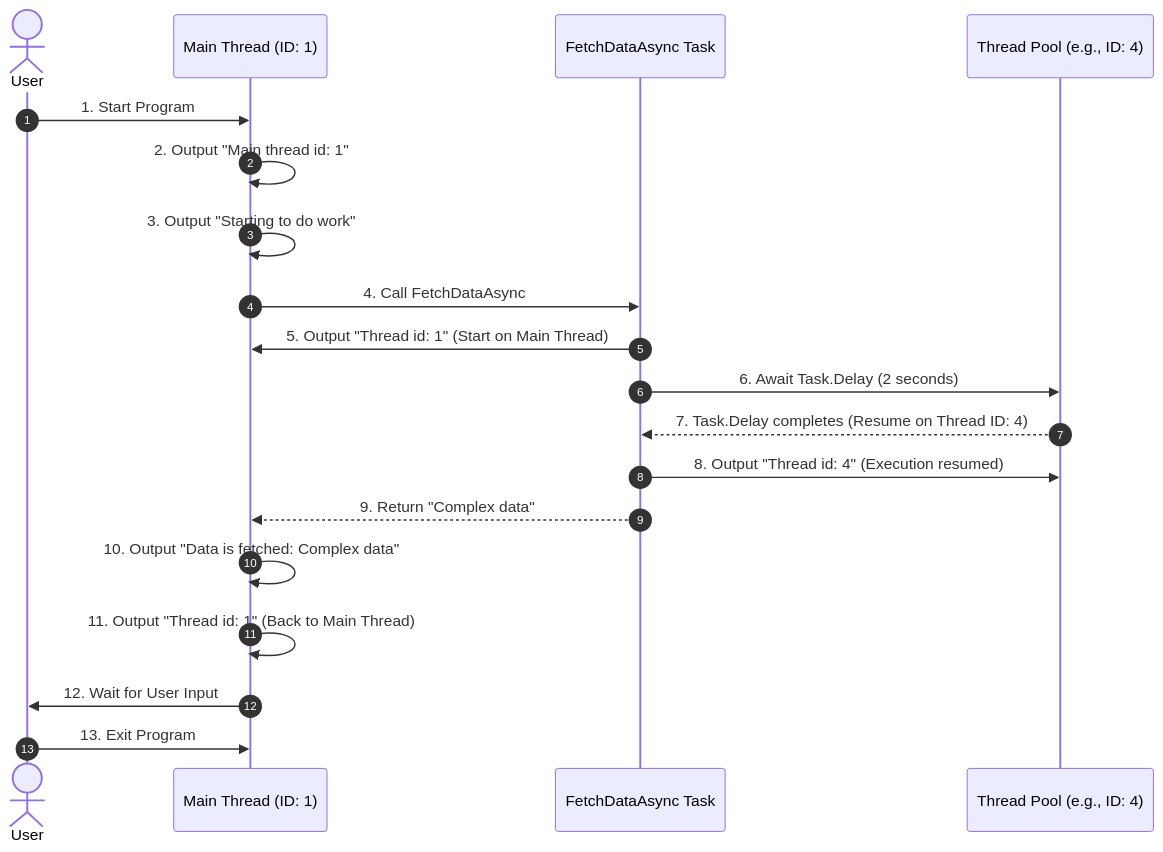
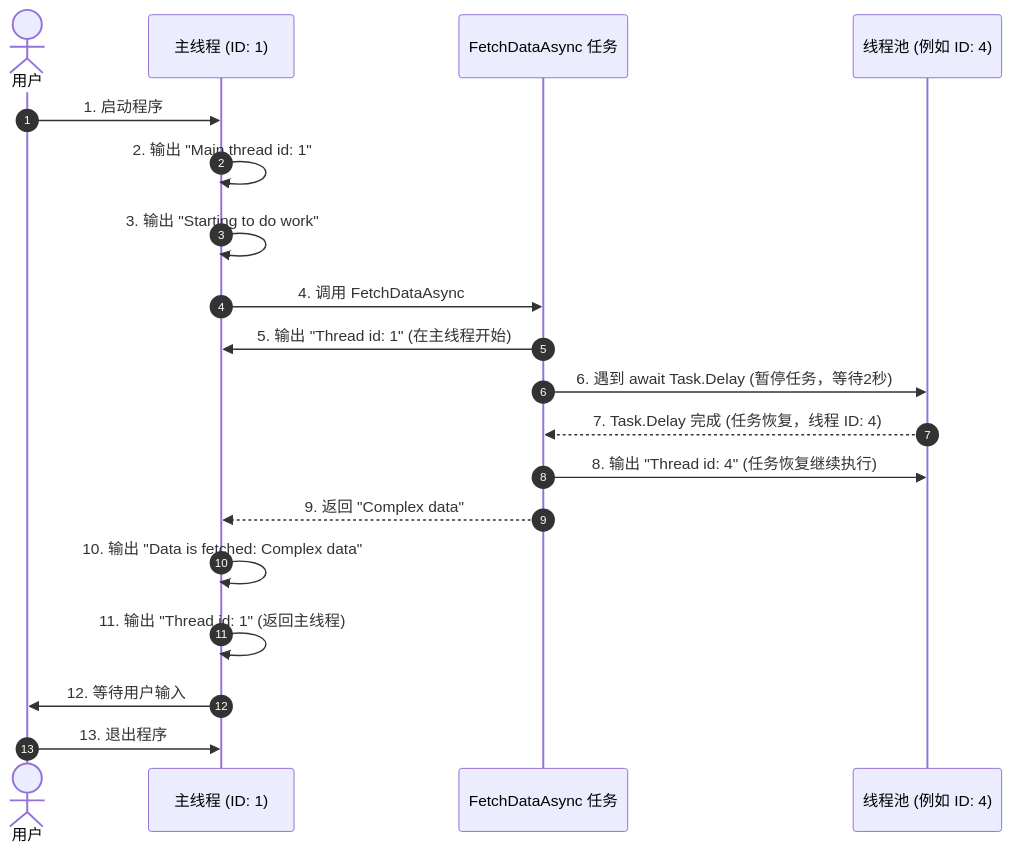
The diagram in C#/多线程杂项主题/一个异步操作流程分析执行线程的变化.md (uwspstar/20-Day-Challenge-List), drawn with Mermaid before and after one commit. The commit also changed other lines of this file, not shown here.

````diff
--- a/C#/多线程杂项主题/一个异步操作流程分析执行线程的变化.md
+++ b/C#/多线程杂项主题/一个异步操作流程分析执行线程的变化.md
@@ -90,22 +90,22 @@
 ```mermaid
 sequenceDiagram
     autonumber
-    actor User as User
-    participant MainThread as Main Thread (ID: 1)
-    participant FetchDataAsync as FetchDataAsync Task
-    participant ThreadPool as Thread Pool (e.g., ID: 4)
+    actor 用户 as 用户
+    participant 主线程 as 主线程 (ID: 1)
+    participant FetchDataAsync as FetchDataAsync 任务
+    participant 线程池 as 线程池 (例如 ID: 4)
 
-    User->>MainThread: 1. Start Program
-    MainThread->>MainThread: 2. Output "Main thread id: 1"
-    MainThread->>MainThread: 3. Output "Starting to do work"
-    MainThread->>FetchDataAsync: 4. Call FetchDataAsync
-    FetchDataAsync->>MainThread: 5. Output "Thread id: 1" (Start on Main Thread)
-    FetchDataAsync->>ThreadPool: 6. Await Task.Delay (2 seconds)
-    ThreadPool-->>FetchDataAsync: 7. Task.Delay completes (Resume on Thread ID: 4)
-    FetchDataAsync->>ThreadPool: 8. Output "Thread id: 4" (Execution resumed)
-    FetchDataAsync-->>MainThread: 9. Return "Complex data"
-    MainThread->>MainThread: 10. Output "Data is fetched: Complex data"
-    MainThread->>MainThread: 11. Output "Thread id: 1" (Back to Main Thread)
-    MainThread->>User: 12. Wait for User Input
-    User->>MainThread: 13. Exit Program
+    用户->>主线程: 1. 启动程序
+    主线程->>主线程: 2. 输出 "Main thread id: 1"
+    主线程->>主线程: 3. 输出 "Starting to do work"
+    主线程->>FetchDataAsync: 4. 调用 FetchDataAsync
+    FetchDataAsync->>主线程: 5. 输出 "Thread id: 1" (在主线程开始)
+    FetchDataAsync->>线程池: 6. 遇到 await Task.Delay (暂停任务，等待2秒)
+    线程池-->>FetchDataAsync: 7. Task.Delay 完成 (任务恢复，线程 ID: 4)
+    FetchDataAsync->>线程池: 8. 输出 "Thread id: 4" (任务恢复继续执行)
+    FetchDataAsync-->>主线程: 9. 返回 "Complex data"
+    主线程->>主线程: 10. 输出 "Data is fetched: Complex data"
+    主线程->>主线程: 11. 输出 "Thread id: 1" (返回主线程)
+    主线程->>用户: 12. 等待用户输入
+    用户->>主线程: 13. 退出程序
 ```
````
